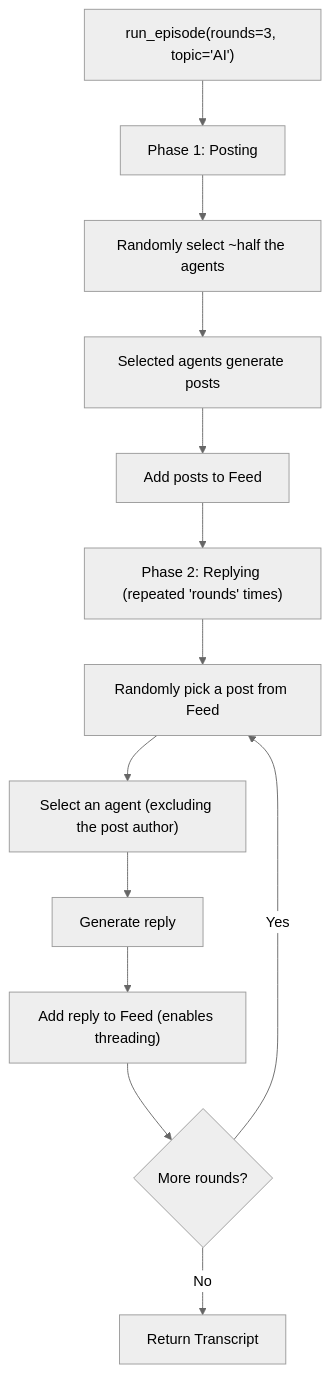
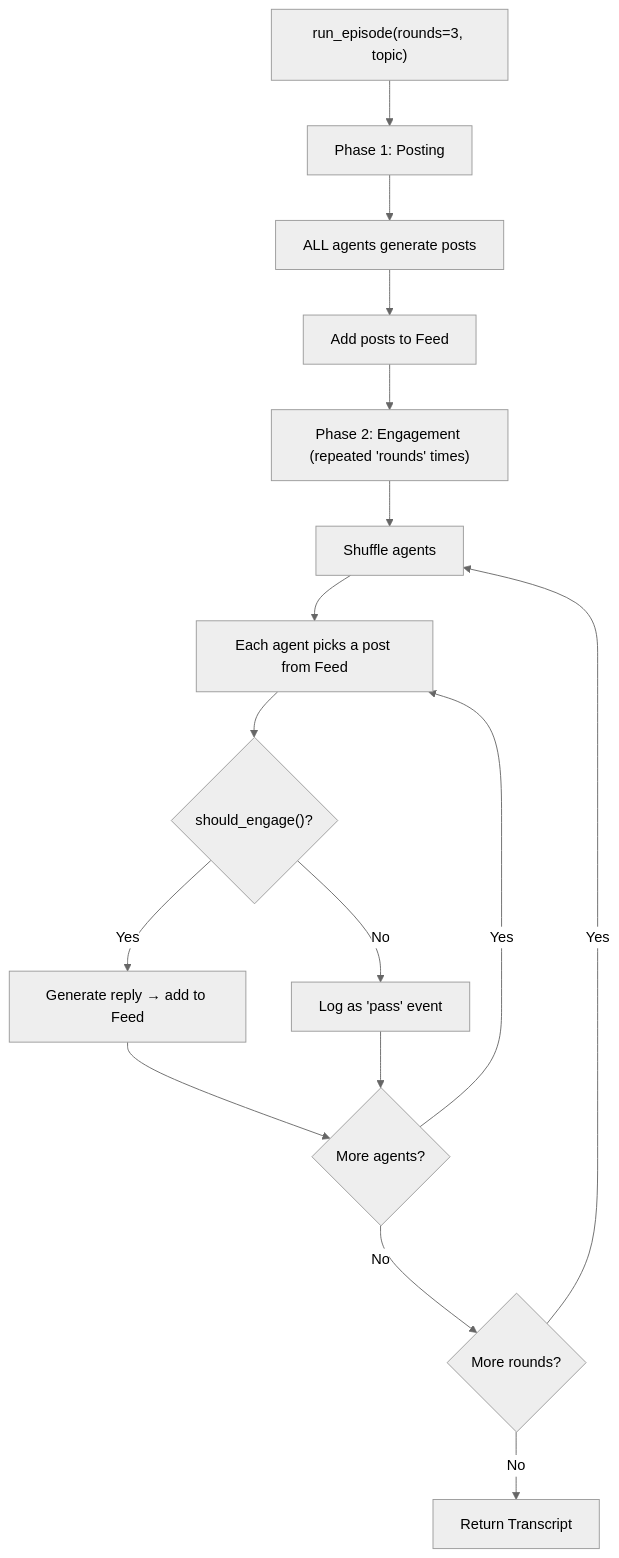
The third of 3 diagrams in simulation/README.md (Keyhole-Koro/snackPersona), drawn with Mermaid (neutral theme) before and after one commit. The commit also changed other lines of this file and 3 other files, not shown here.

````diff
--- a/simulation/README.md
+++ b/simulation/README.md
@@ -108,15 +75,18 @@
 ```mermaid
 graph TD
-    A["run_episode(rounds=3, topic='AI')"] --> B["Phase 1: Posting"]
-    B --> B1["Randomly select ~half the agents"]
-    B1 --> B2["Selected agents generate posts"]
-    B2 --> B3["Add posts to Feed"]
-    B3 --> C["Phase 2: Replying (repeated 'rounds' times)"]
-    C --> C1["Randomly pick a post from Feed"]
-    C1 --> C2["Select an agent (excluding the post author)"]
-    C2 --> C3["Generate reply"]
-    C3 --> C4["Add reply to Feed (enables threading)"]
-    C4 --> C5{More rounds?}
-    C5 -- Yes --> C1
-    C5 -- No --> D["Return Transcript"]
+    A["run_episode(rounds=3, topic)"] --> B["Phase 1: Posting"]
+    B --> B1["ALL agents generate posts"]
+    B1 --> B2["Add posts to Feed"]
+    B2 --> C["Phase 2: Engagement (repeated 'rounds' times)"]
+    C --> C1["Shuffle agents"]
+    C1 --> C2["Each agent picks a post from Feed"]
+    C2 --> C3{"should_engage()?"}
+    C3 -- Yes --> C4["Generate reply → add to Feed"]
+    C3 -- No --> C5["Log as 'pass' event"]
+    C4 --> C6{More agents?}
+    C5 --> C6
+    C6 -- Yes --> C2
+    C6 -- No --> C7{More rounds?}
+    C7 -- Yes --> C1
+    C7 -- No --> D["Return Transcript"]
 ```
````
